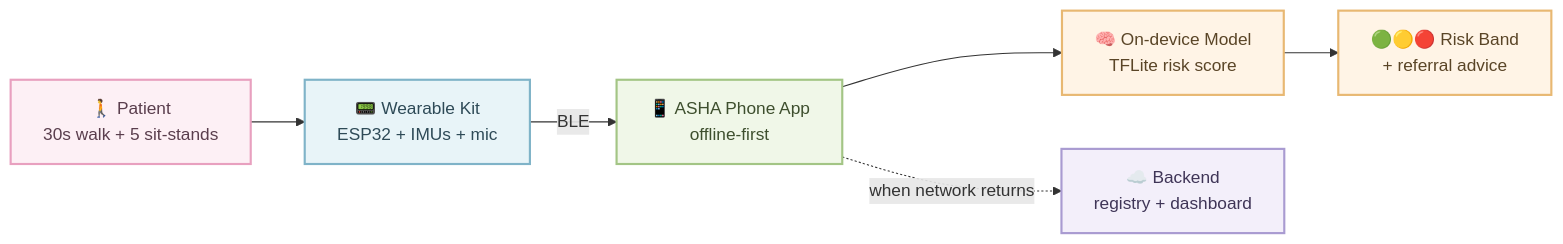
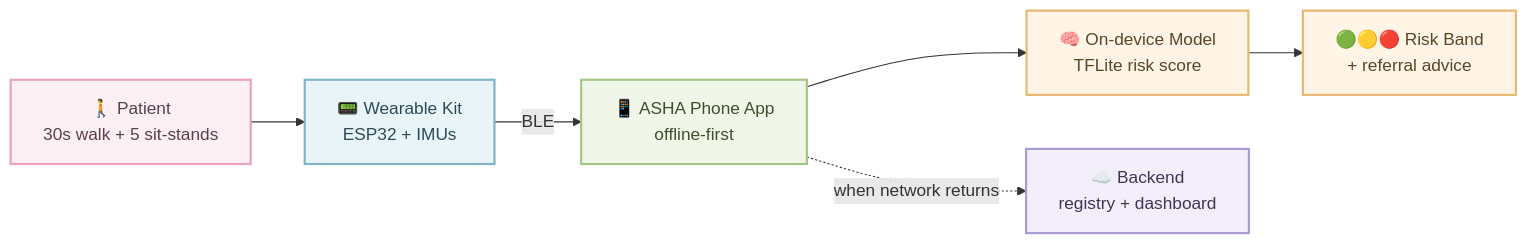
Before and after one commit to aryank2ndID/v2: the first of 4 diagrams in SIH26004-architecture.md, drawn with Mermaid. The commit also changed other lines of this file and 58 other files, not shown here.

Commit message:
chore: remove acoustic features and cost references, update architecture, add research contexts

````diff
--- a/SIH26004-architecture.md
+++ b/SIH26004-architecture.md
@@ -10,20 +10,20 @@
 ```mermaid
 flowchart LR
-    A["🚶 Patient<br/>30s walk + 5 sit-stands"] --> B["📟 Wearable Kit<br/>ESP32 + IMUs + mic"]
+    A["🚶 Patient<br/>30s walk + 5 sit-stands"] --> B["📟 Wearable Kit<br/>ESP32 + IMUs"]
     B -->|BLE| C["📱 ASHA Phone App<br/>offline-first"]
     C --> D["🧠 On-device Model<br/>TFLite risk score"]
     D --> E["🟢🟡🔴 Risk Band<br/>+ referral advice"]
     C -.->|when network returns| F["☁️ Backend<br/>registry + dashboard"]
 
     classDef patient fill:#FDF0F5,stroke:#E8A0BF,stroke-width:2px,color:#5A3E4D
     classDef device fill:#E8F4F8,stroke:#7FB3C8,stroke-width:2px,color:#2E4A57
     classDef app fill:#F0F7E8,stroke:#A3C585,stroke-width:2px,color:#3E4F2E
     classDef brain fill:#FFF4E6,stroke:#E8B872,stroke-width:2px,color:#5A4527
     classDef cloud fill:#F3EFFA,stroke:#A99BD1,stroke-width:2px,color:#3F3557
 
     class A patient
     class B device
     class C app
     class D,E brain
     class F cloud
 ```
````
